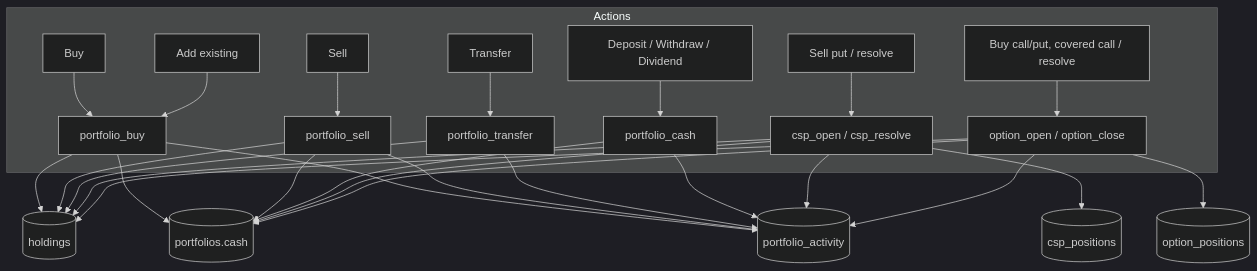
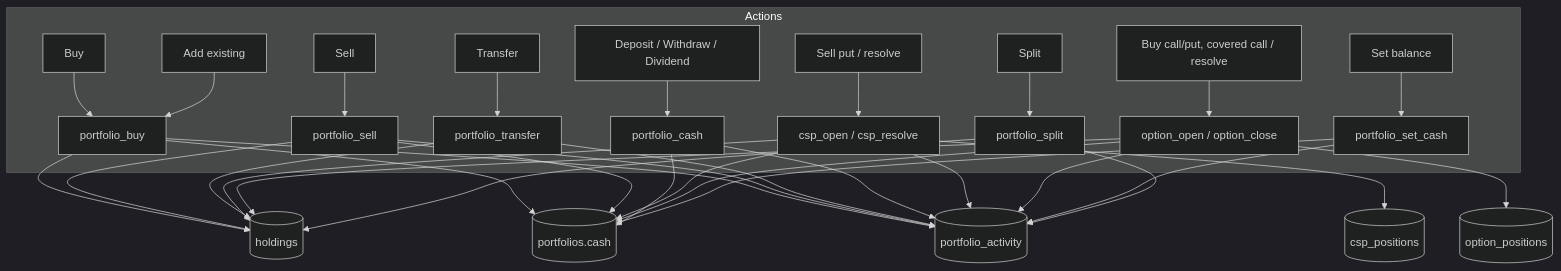
One commit to northcrosstech/Trading-Journal changed the fifth of 8 diagrams in docs/DATA_FLOWS.md. Above: the diagram before and after it, drawn with Mermaid (dark theme). The commit also changed other lines of this file and 7 other files, not shown here.

````diff
--- a/docs/DATA_FLOWS.md
+++ b/docs/DATA_FLOWS.md
@@ -122,17 +130,19 @@
 ```mermaid
 flowchart TB
     subgraph Actions
       buy[Buy] --> f1[portfolio_buy]
       ex[Add existing] --> f1
       sell[Sell] --> f2[portfolio_sell]
       tr[Transfer] --> f3[portfolio_transfer]
       cash[Deposit / Withdraw / Dividend] --> f4[portfolio_cash]
       csp[Sell put / resolve] --> f5[csp_open / csp_resolve]
       opt[Buy call/put, covered call / resolve] --> f6[option_open / option_close]
+      bal[Set balance] --> f7[portfolio_set_cash]
+      spl[Split] --> f8[portfolio_split]
     end
-    f1 & f2 & f3 & f5 & f6 --> H[(holdings)]
-    f1 & f2 & f4 & f5 & f6 --> P[(portfolios.cash)]
-    f1 & f2 & f3 & f4 & f5 & f6 --> L[(portfolio_activity)]
+    f1 & f2 & f3 & f5 & f6 & f8 --> H[(holdings)]
+    f1 & f2 & f4 & f5 & f6 & f7 --> P[(portfolios.cash)]
+    f1 & f2 & f3 & f4 & f5 & f6 & f7 & f8 --> L[(portfolio_activity)]
     f5 --> C[(csp_positions)]
     f6 --> O[(option_positions)]
 ```
````
